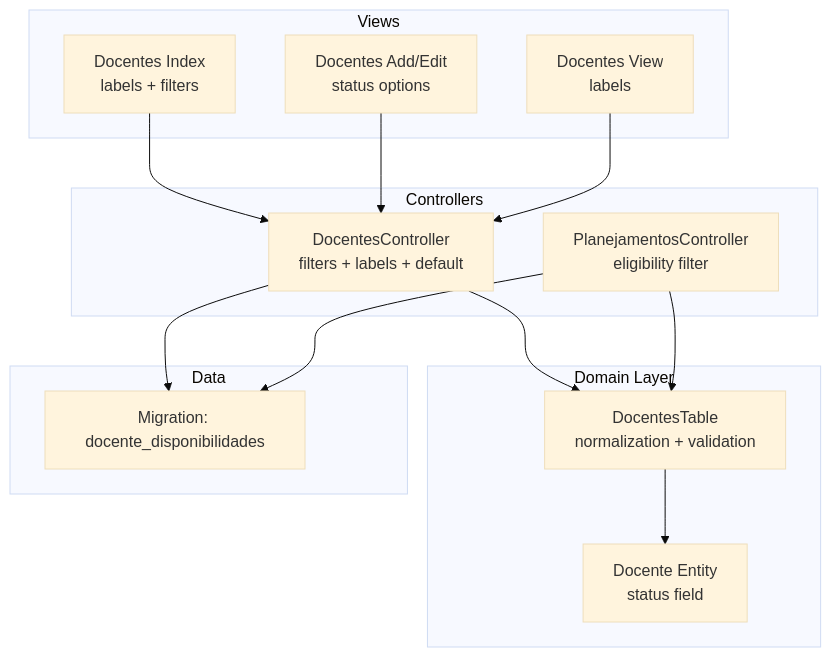
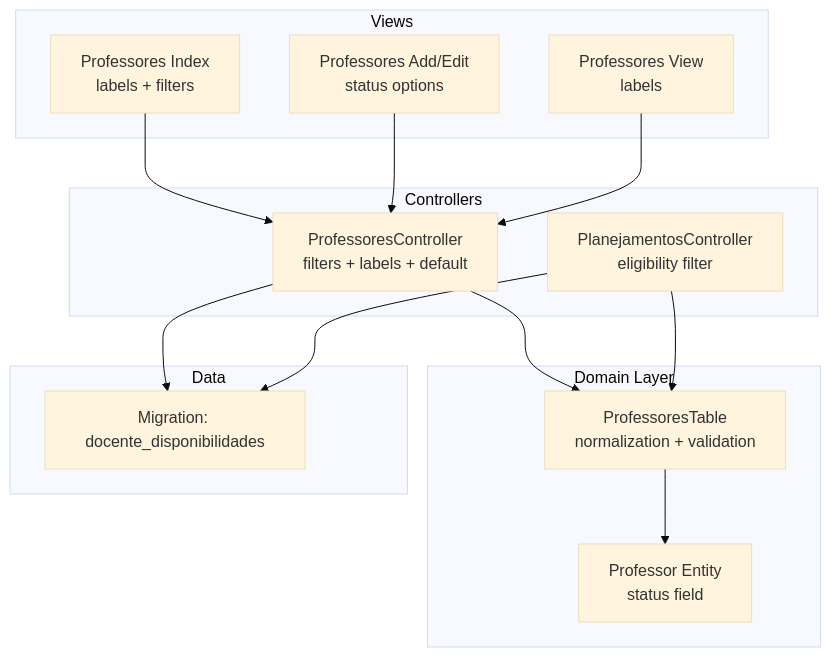
Before and after one commit to luiseduacosta/planejamento5: the first of 8 diagrams in .qoder/repowiki/en/content/Core Features/Faculty Management/Faculty Status Tracking.md, drawn with Mermaid (base theme). The commit also changed other lines of this file and 37 other files, not shown here.

Commit message:
repowiki: rename Docentes → Professores in metadata

````diff
--- a/.qoder/repowiki/en/content/Core Features/Faculty Management/Faculty Status Tracking.md
+++ b/.qoder/repowiki/en/content/Core Features/Faculty Management/Faculty Status Tracking.md
@@ -38,27 +38,27 @@
 ```mermaid
 graph TB
 subgraph "Domain Layer"
-DT["DocentesTable<br/>normalization + validation"]
-DE["Docente Entity<br/>status field"]
+DT["ProfessoresTable<br/>normalization + validation"]
+DE["Professor Entity<br/>status field"]
 end
 subgraph "Controllers"
-DC["DocentesController<br/>filters + labels + default"]
+DC["ProfessoresController<br/>filters + labels + default"]
 PC["PlanejamentosController<br/>eligibility filter"]
 end
 subgraph "Views"
-VIdx["Docentes Index<br/>labels + filters"]
-VAdd["Docentes Add/Edit<br/>status options"]
-VView["Docentes View<br/>labels"]
+VIdx["Professores Index<br/>labels + filters"]
+VAdd["Professores Add/Edit<br/>status options"]
+VView["Professores View<br/>labels"]
 end
 subgraph "Data"
 MDisp["Migration: docente_disponibilidades"]
 end
 DC --> DT
 PC --> DT
 VIdx --> DC
 VAdd --> DC
 VView --> DC
 DT --> DE
 DC --> MDisp
 PC --> MDisp
 ```
````
